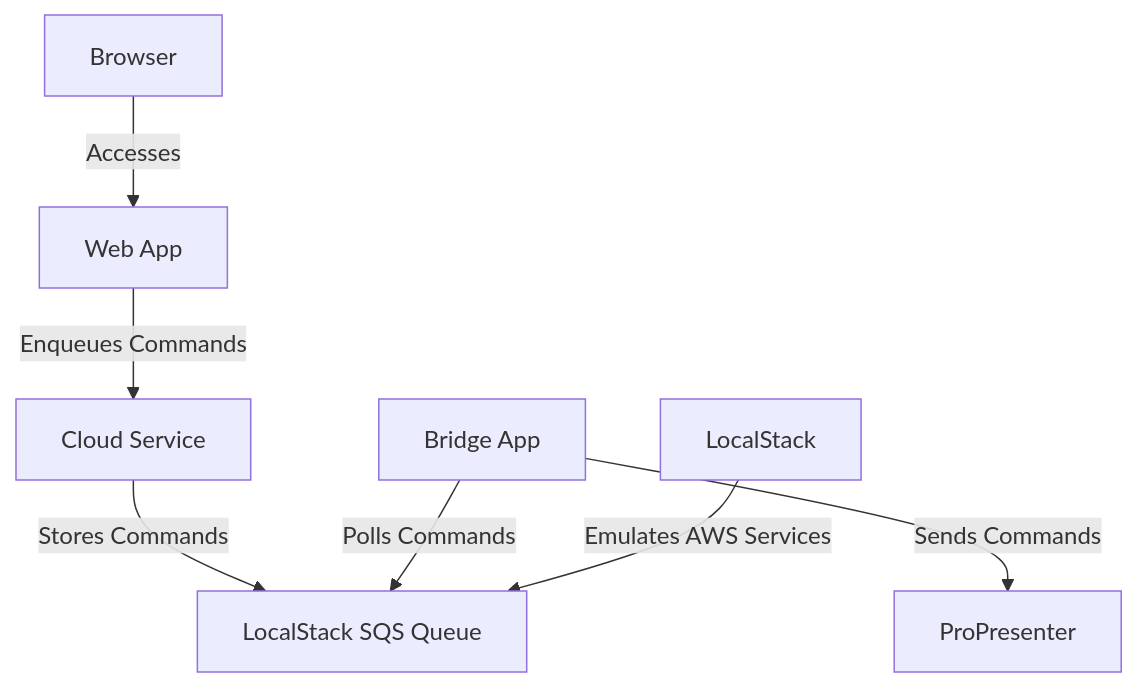
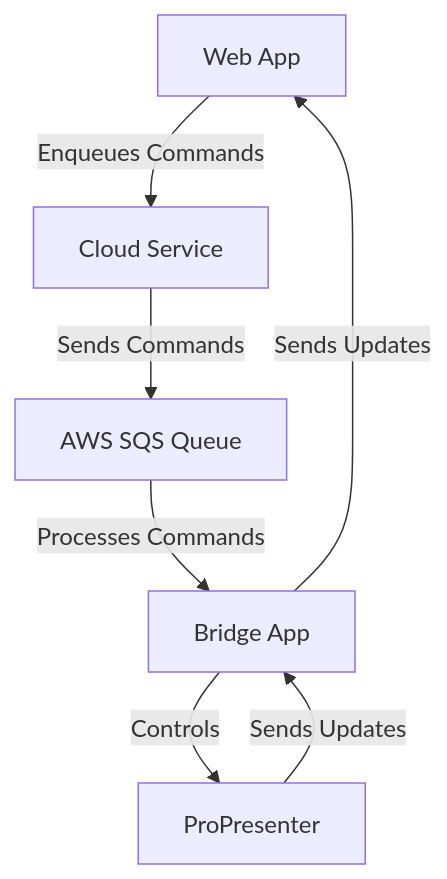
Before and after one commit to alexortizrosado/worshipbridge: the second of 2 diagrams in README.md, drawn with Mermaid. The commit also changed other lines of this file and 1 other file, not shown here.

Commit message:
docs: update README and add TESTING.md for local testing instructions

````diff
--- a/README.md
+++ b/README.md
@@ -178,9 +36,9 @@
 ```mermaid
 graph TD
     A[Web App] -->|Enqueues Commands| B[Cloud Service]
-    B -->|Stores Commands| C[LocalStack SQS Queue]
-    D[Bridge App] -->|Polls Commands| C
-    D -->|Sends Commands| E[ProPresenter]
-    F[Browser] -->|Accesses| A
-    G[LocalStack] -->|Emulates AWS Services| C
+    B -->|Sends Commands| C[AWS SQS Queue]
+    C -->|Processes Commands| D[Bridge App]
+    D -->|Controls| E[ProPresenter]
+    E -->|Sends Updates| D
+    D -->|Sends Updates| A
 ```
````
